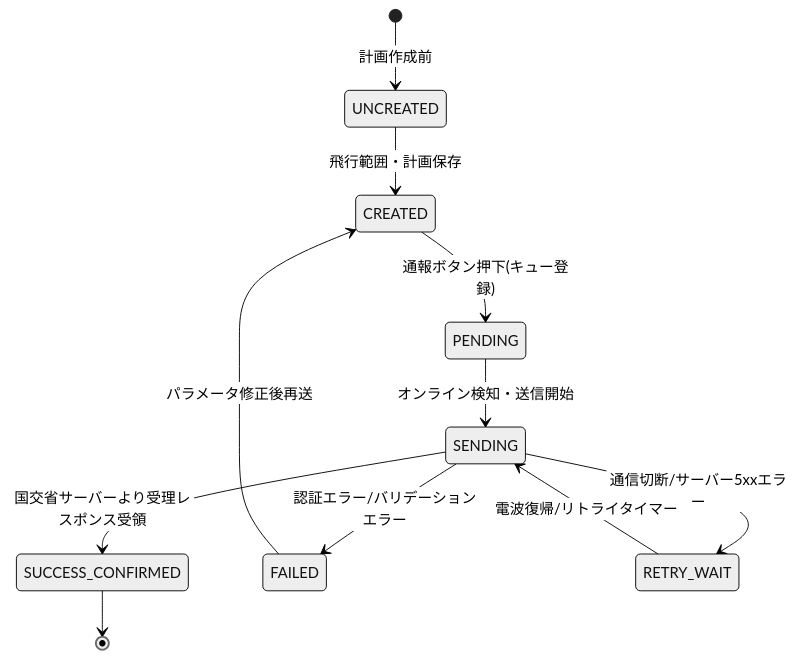
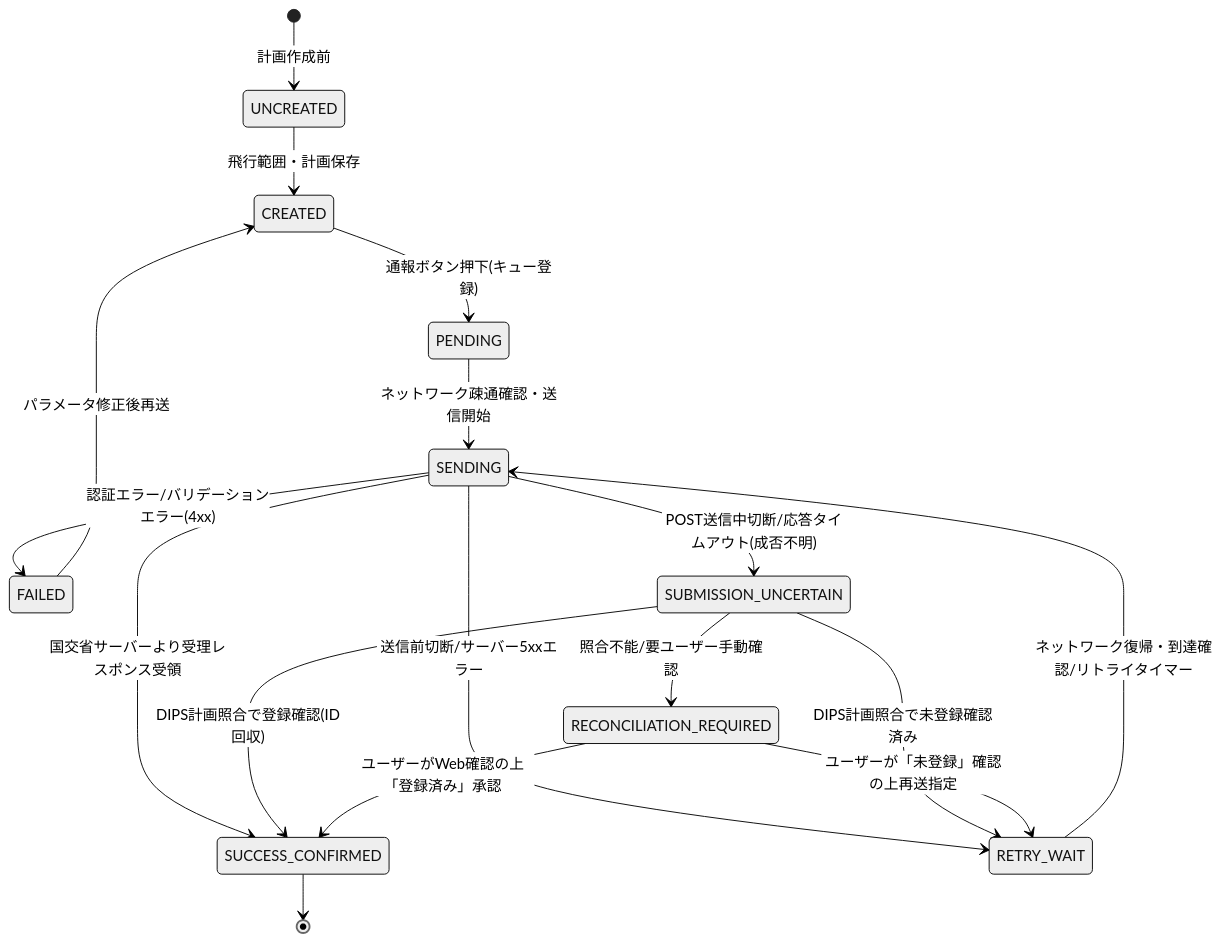
One commit to ikifuse/drone-flight-ops changed the second of 2 diagrams in docs/architecture/13_state-machines.md. Above: the diagram before and after it, drawn with Mermaid (neutral theme). The commit also changed other lines of this file and 20 other files, not shown here.

Commit message:
docs: Phase B2.1 pre-implementation architecture audit and final corrections

````diff
--- a/docs/architecture/13_state-machines.md
+++ b/docs/architecture/13_state-machines.md
@@ -90,19 +90,27 @@
 ```mermaid
 stateDiagram-v2
     [*] --> UNCREATED : 計画作成前
     
     UNCREATED --> CREATED : 飛行範囲・計画保存
     
     CREATED --> PENDING : 通報ボタン押下(キュー登録)
     
-    PENDING --> SENDING : オンライン検知・送信開始
+    PENDING --> SENDING : ネットワーク疎通確認・送信開始
     
     SENDING --> SUCCESS_CONFIRMED : 国交省サーバーより受理レスポンス受領
-    SENDING --> FAILED : 認証エラー/バリデーションエラー
-    SENDING --> RETRY_WAIT : 通信切断/サーバー5xxエラー
+    SENDING --> FAILED : 認証エラー/バリデーションエラー(4xx)
+    SENDING --> RETRY_WAIT : 送信前切断/サーバー5xxエラー
+    SENDING --> SUBMISSION_UNCERTAIN : POST送信中切断/応答タイムアウト(成否不明)
     
-    RETRY_WAIT --> SENDING : 電波復帰/リトライタイマー
+    SUBMISSION_UNCERTAIN --> SUCCESS_CONFIRMED : DIPS計画照合で登録確認(ID回収)
+    SUBMISSION_UNCERTAIN --> RETRY_WAIT : DIPS計画照合で未登録確認済み
+    SUBMISSION_UNCERTAIN --> RECONCILIATION_REQUIRED : 照合不能/要ユーザー手動確認
+    
+    RECONCILIATION_REQUIRED --> SUCCESS_CONFIRMED : ユーザーがWeb確認の上「登録済み」承認
+    RECONCILIATION_REQUIRED --> RETRY_WAIT : ユーザーが「未登録」確認の上再送指定
+    
+    RETRY_WAIT --> SENDING : ネットワーク復帰・到達確認/リトライタイマー
     FAILED --> CREATED : パラメータ修正後再送
     
     SUCCESS_CONFIRMED --> [*]
 ```
````
